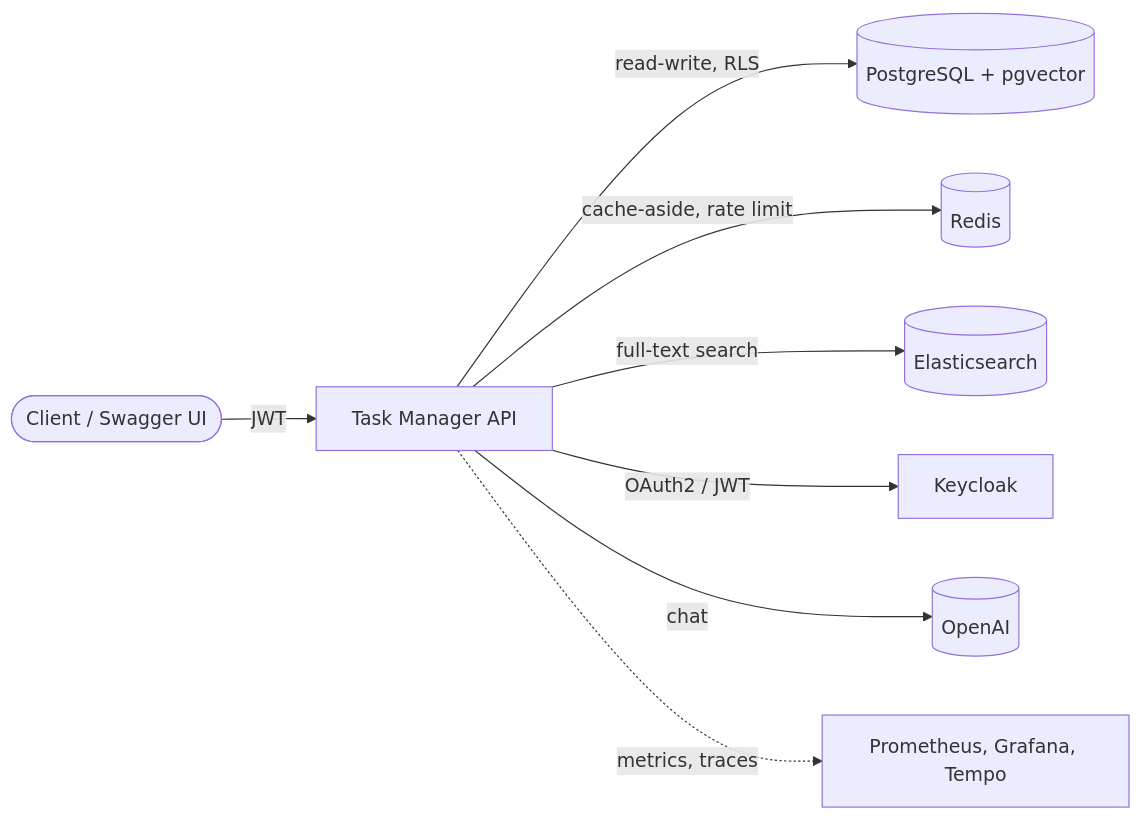
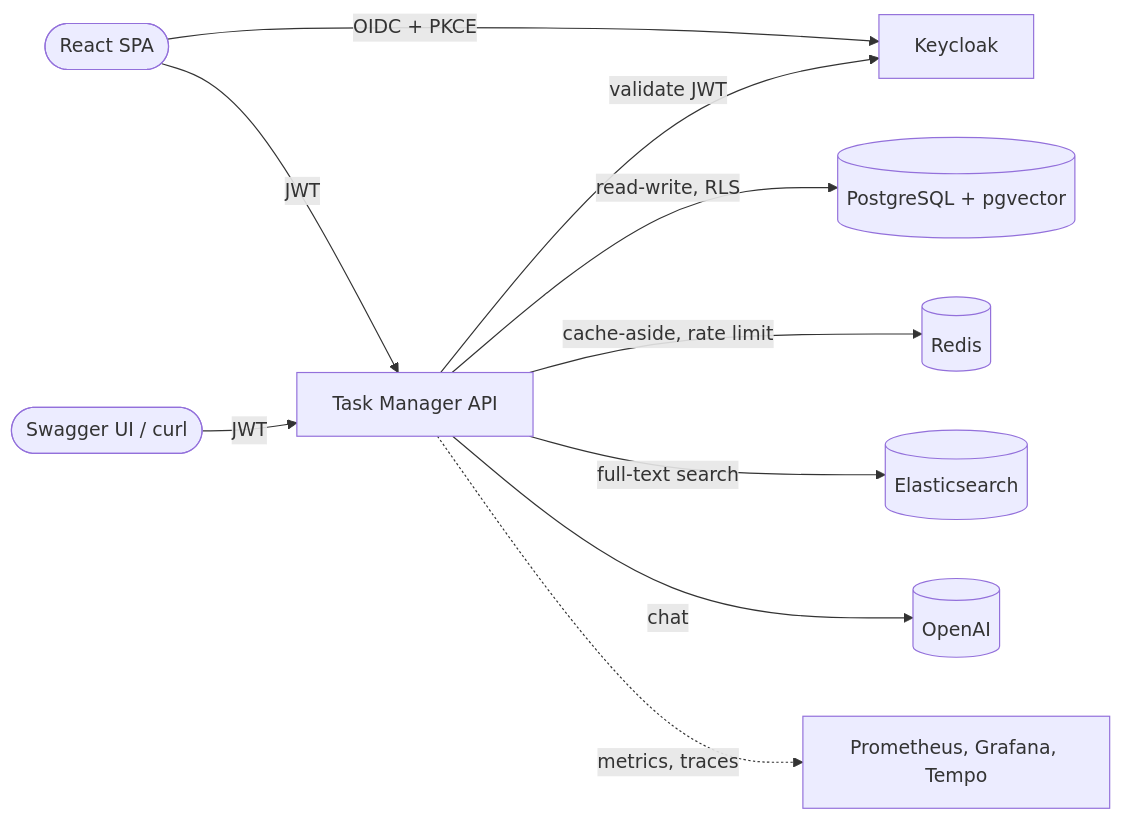
One commit to ghiwet/Task-Manager-API changed the first of 4 diagrams in README.md. Above: the diagram before and after it, drawn with Mermaid. The commit also changed other lines of this file and 2 other files, not shown here.

Commit message:
Update docs for admin endpoints, username owners, and the SPA

````diff
--- a/README.md
+++ b/README.md
@@ -16,10 +16,12 @@
 ```mermaid
 flowchart LR
-    Client([Client / Swagger UI]) -->|JWT| API[Task Manager API]
+    SPA([React SPA]) -->|OIDC + PKCE| KC[Keycloak]
+    SPA -->|JWT| API[Task Manager API]
+    CLI([Swagger UI / curl]) -->|JWT| API
+    API -->|validate JWT| KC
     API -->|read-write, RLS| PG[(PostgreSQL + pgvector)]
     API -->|cache-aside, rate limit| REDIS[(Redis)]
     API -->|full-text search| ES[(Elasticsearch)]
-    API -->|OAuth2 / JWT| KC[Keycloak]
     API -->|chat| OpenAI[(OpenAI)]
     API -.->|metrics, traces| OBS[Prometheus, Grafana, Tempo]
 ```
````
